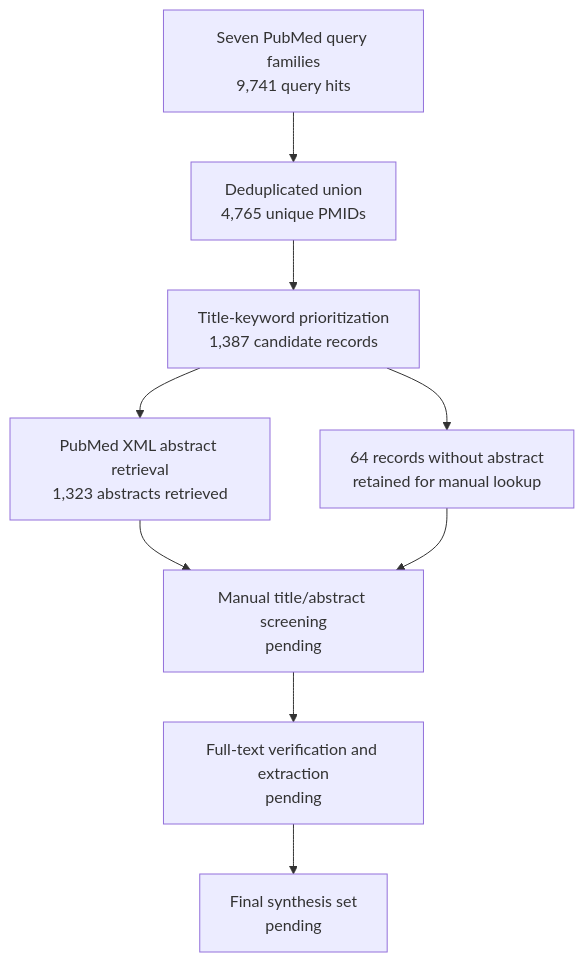
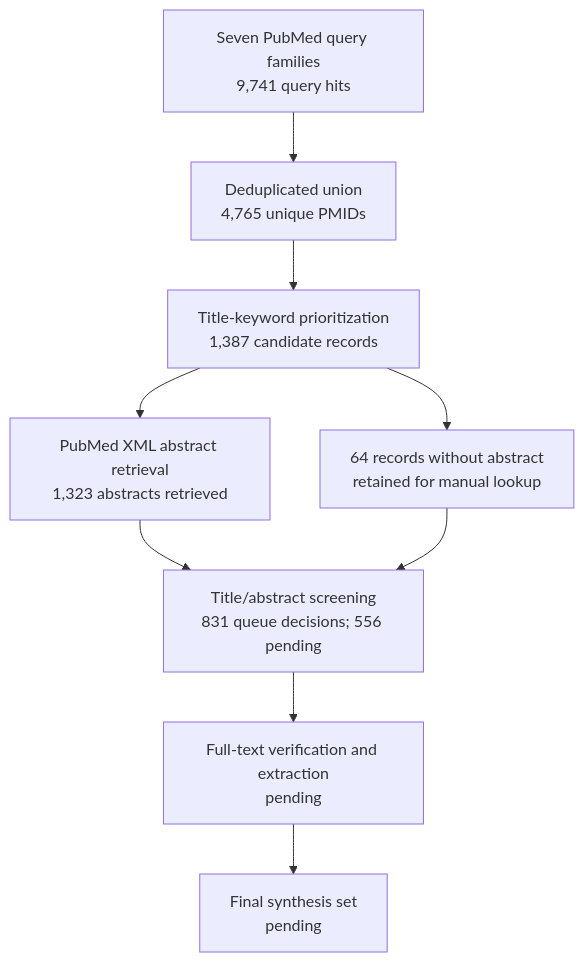
The diagram in manuscript/review-flow.md (dcmcshan/artemisia), drawn with Mermaid before and after one commit. The commit also changed other lines of this file and 12 other files, not shown here.

````diff
--- a/manuscript/review-flow.md
+++ b/manuscript/review-flow.md
@@ -5,11 +5,11 @@
 ```mermaid
 flowchart TB
   Q[Seven PubMed query families<br/>9,741 query hits] --> U[Deduplicated union<br/>4,765 unique PMIDs]
   U --> T[Title-keyword prioritization<br/>1,387 candidate records]
   T --> A[PubMed XML abstract retrieval<br/>1,323 abstracts retrieved]
   T --> N[64 records without abstract<br/>retained for manual lookup]
-  A --> M[Manual title/abstract screening<br/>pending]
+  A --> M[Title/abstract screening<br/>831 queue decisions; 556 pending]
   N --> M
   M --> F[Full-text verification and extraction<br/>pending]
   F --> S[Final synthesis set<br/>pending]
 ```
````
